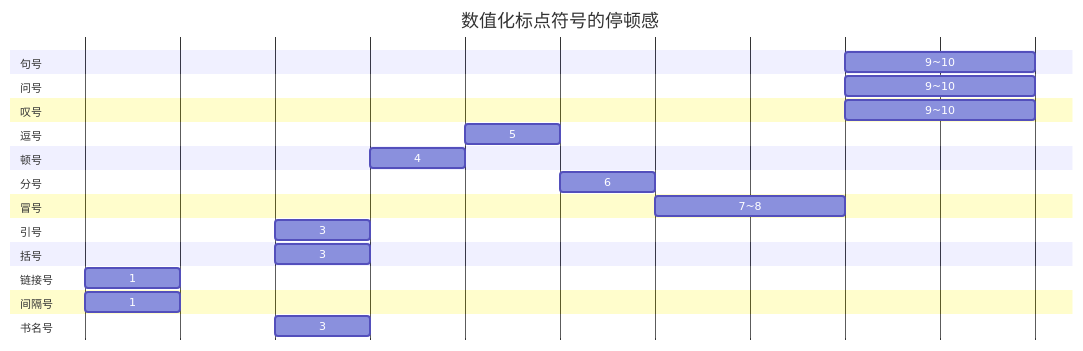
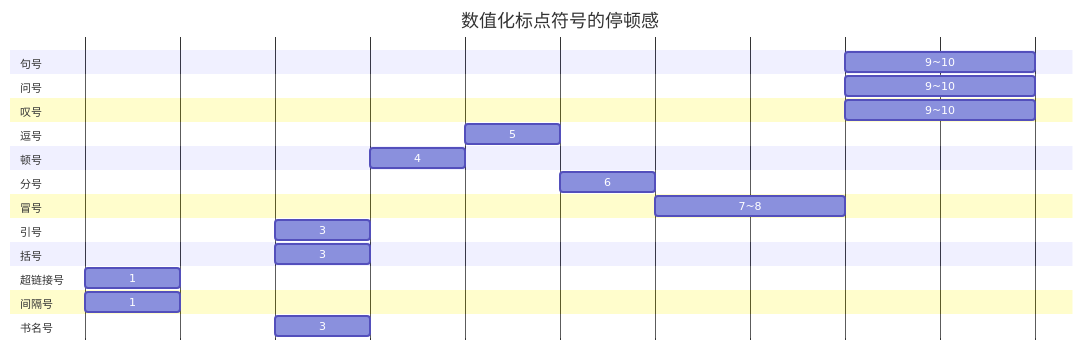
The fifth of 5 diagrams in README.md (saveweb/general-writing-laws), drawn with Mermaid before and after one commit. The commit also changed other lines of this file, not shown here.

````diff
--- a/README.md
+++ b/README.md
@@ -2786,42 +2838,42 @@
         ```mermaid
         gantt
             title 数值化标点符号的停顿感
             dateFormat YYYY-MM-DD
             axisFormat  
             tickInterval 1day
             %% 隐藏时间轴
             section 句号
             9~10 : 0001-01-09, 2d
             section 问号
             9~10 : 0001-01-09, 2d
             section 叹号
             9~10 : 0001-01-09, 2d
             section 逗号
             5    : 0001-01-05, 1d
             section 顿号
             4    : 0001-01-04, 1d
             section 分号
             6    : 0001-01-06, 1d
             section 冒号
             7~8  : 0001-01-07, 2d
             section 引号
             3    : 0001-01-03, 1d
             section 括号
             3    : 0001-01-03, 1d
             %% section 破折号
             %% "＼" : 0001-01-01, 10d
             %% section 省略号
             %% "＼" : 0001-01-01, 10d
             %% section 着重号
             %% "＼" : 0001-01-01, 10d
-            section 链接号
+            section 超链接号
             1    : 0001-01-01, 1d
             section 间隔号
             1    : 0001-01-01, 1d
             section 书名号
             3    : 0001-01-03, 1d
             %% section 专名号
             %% 2    : 0001-01-01, 10d
             %% section 分隔号
             %% 2    : 0001-01-01, 10d
         ```
````
